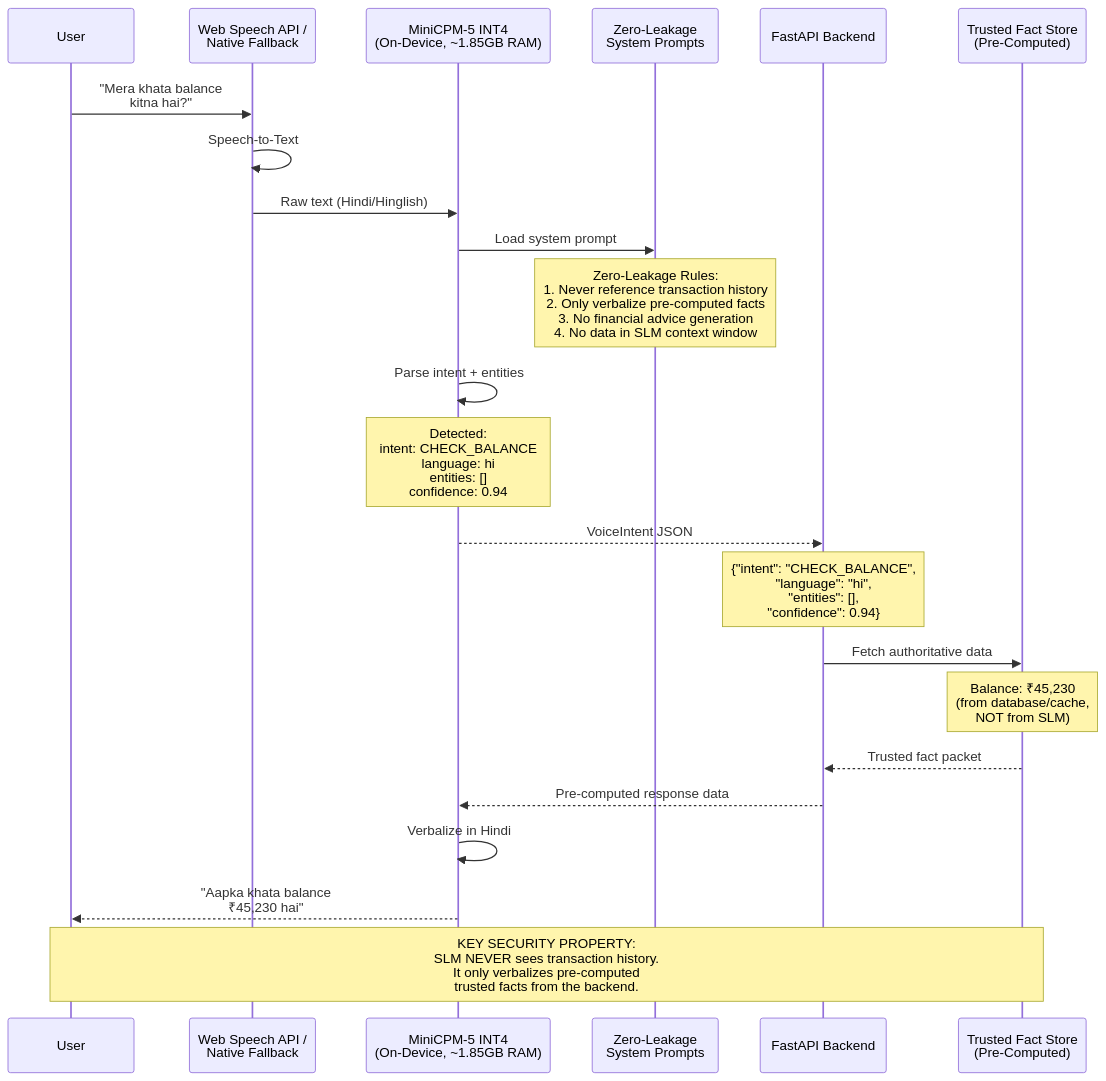
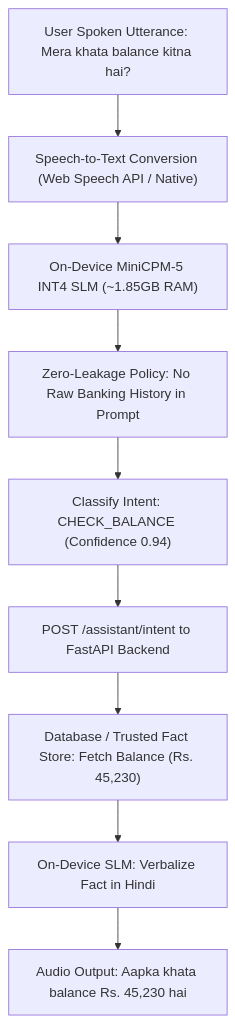
One commit to Neutron-0/ABC-Bank changed diagram 24 of 41 in README.md. Above: the diagram before and after it, drawn with Mermaid. The commit also changed other lines of this file and 33 other files, not shown here.

````diff
--- a/README.md
+++ b/README.md
@@ -1732,32 +1520,14 @@
 ```mermaid
-sequenceDiagram
-  participant User as User
-  participant WebSpeech as Web Speech API /<br/>Native Fallback
-  participant SLM as MiniCPM-5 INT4<br/>(On-Device, ~1.85GB RAM)
-  participant Prompts as Zero-Leakage<br/>System Prompts
-  participant Backend2 as FastAPI Backend
-  participant TrustedFacts as Trusted Fact Store<br/>(Pre-Computed)
-
-  User->>WebSpeech: "Mera khata balance<br/>kitna hai?"
-  WebSpeech->>WebSpeech: Speech-to-Text
-  WebSpeech->>SLM: Raw text (Hindi/Hinglish)
+flowchart TD
+  UserSpeech["User Spoken Utterance: Mera khata balance kitna hai?"] --> STT["Speech-to-Text Conversion (Web Speech API / Native)"]
+  STT --> SLM["On-Device MiniCPM-5 INT4 SLM (~1.85GB RAM)"]
   
-  SLM->>Prompts: Load system prompt
-  Note over Prompts: Zero-Leakage Rules:<br/>1. Never reference transaction history<br/>2. Only verbalize pre-computed facts<br/>3. No financial advice generation<br/>4. No data in SLM context window
+  SLM --> PolicyCheck["Zero-Leakage Policy: No Raw Banking History in Prompt"]
+  PolicyCheck --> Intent["Classify Intent: CHECK_BALANCE (Confidence 0.94)"]
   
-  SLM->>SLM: Parse intent + entities
-  Note over SLM: Detected:<br/>intent: CHECK_BALANCE<br/>language: hi<br/>entities: []<br/>confidence: 0.94
+  Intent --> BackendFetch["POST /assistant/intent to FastAPI Backend"]
+  BackendFetch --> FactStore["Database / Trusted Fact Store: Fetch Balance (Rs. 45,230)"]
   
-  SLM-->>Backend2: VoiceIntent JSON
-  Note over Backend2: {"intent": "CHECK_BALANCE",<br/>"language": "hi",<br/>"entities": [],<br/>"confidence": 0.94}
-  
-  Backend2->>TrustedFacts: Fetch authoritative data
-  Note over TrustedFacts: Balance: ₹45,230<br/>(from database/cache,<br/>NOT from SLM)
-  TrustedFacts-->>Backend2: Trusted fact packet
-  
-  Backend2-->>SLM: Pre-computed response data
-  SLM->>SLM: Verbalize in Hindi
-  SLM-->>User: "Aapka khata balance<br/>₹45,230 hai"
-  
-  Note over User,TrustedFacts: KEY SECURITY PROPERTY:<br/>SLM NEVER sees transaction history.<br/>It only verbalizes pre-computed<br/>trusted facts from the backend.
+  FactStore --> ResponseVerbalizer["On-Device SLM: Verbalize Fact in Hindi"]
+  ResponseVerbalizer --> AudioOut["Audio Output: Aapka khata balance Rs. 45,230 hai"]
 ```
````
